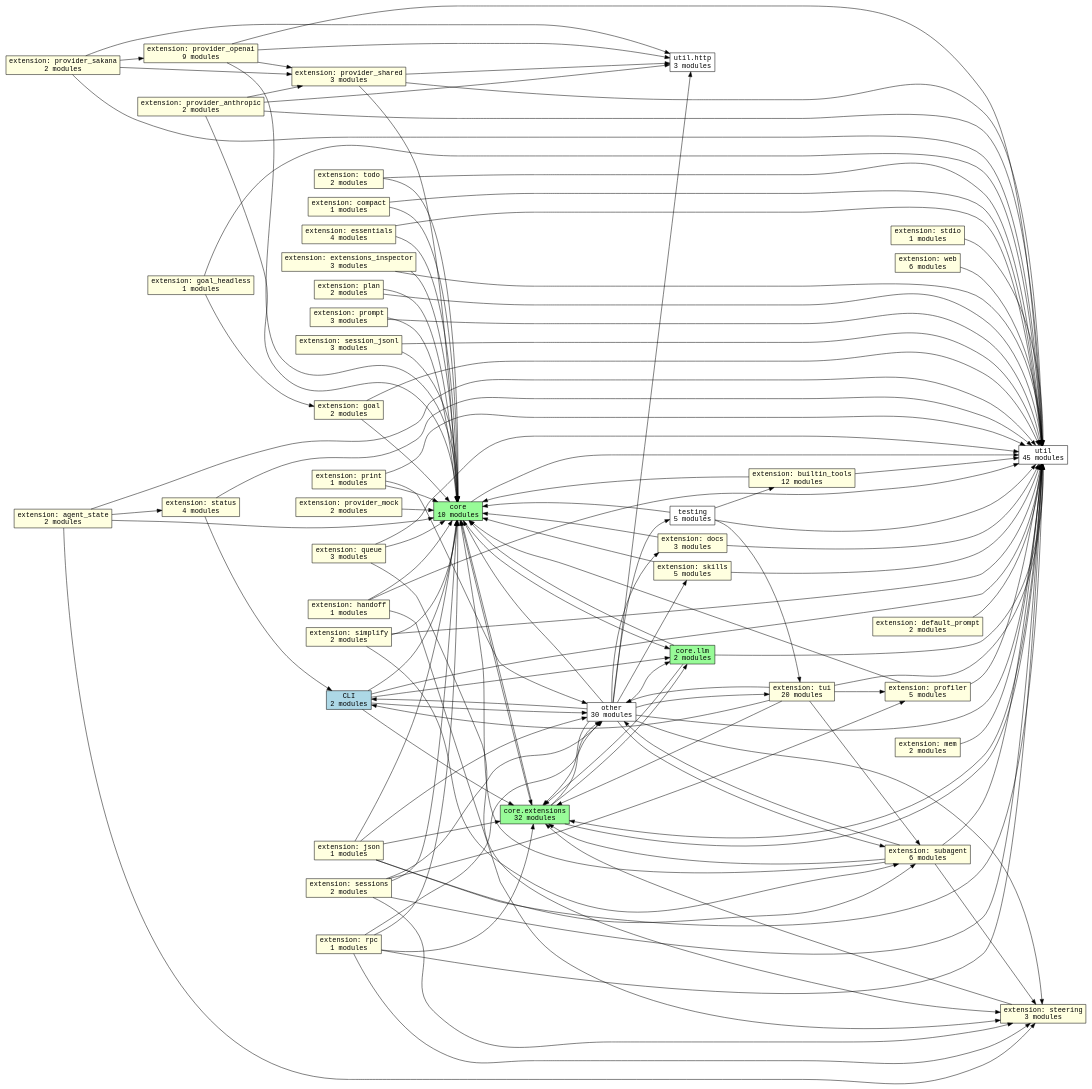
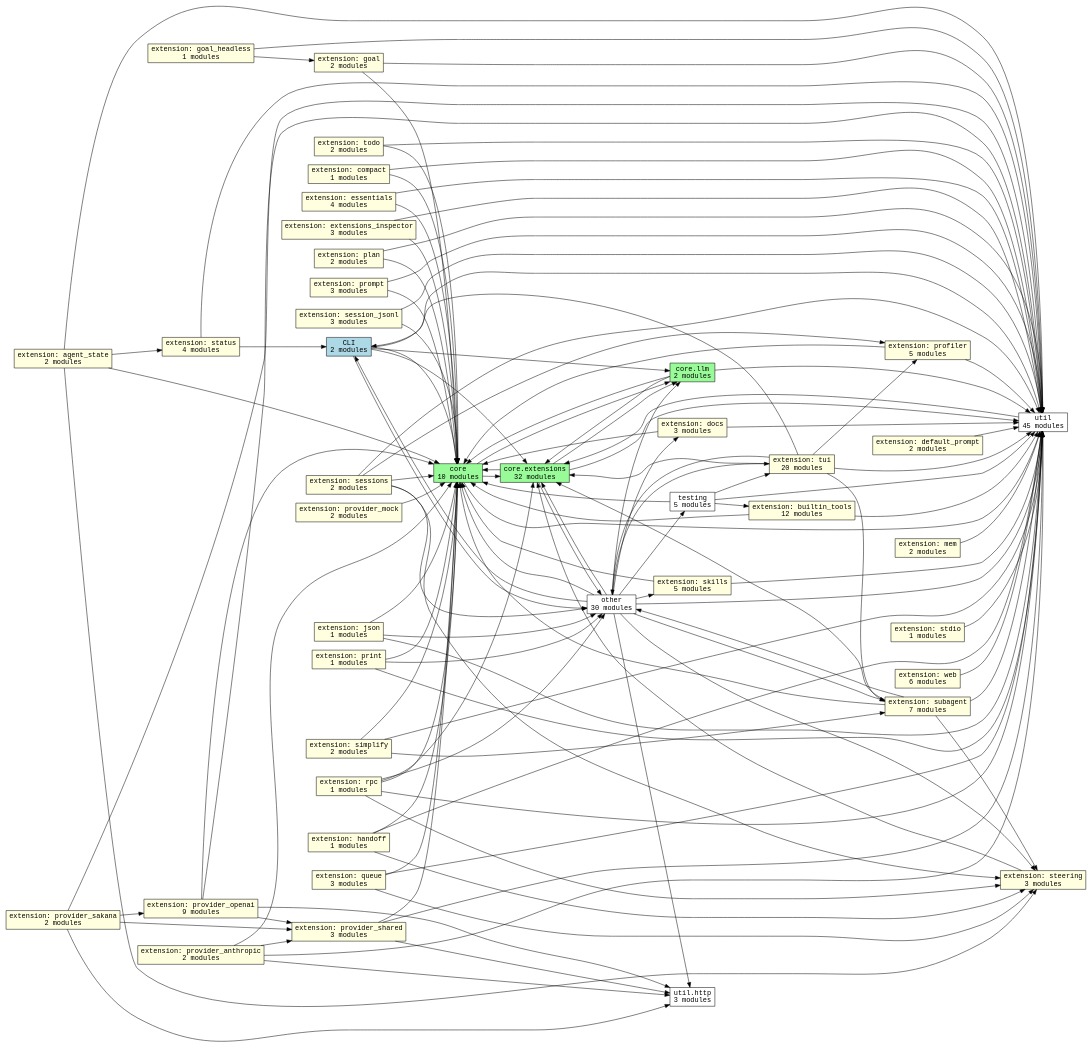
Before and after one commit to acmiyaguchi/fen: the diagram in docs/graphs/subsystems.dot, drawn with Graphviz. The commit also changed 27 other files, not shown here.

```diff
--- a/docs/graphs/subsystems.dot
+++ b/docs/graphs/subsystems.dot
@@ -1,170 +1,168 @@
 digraph fen_subsystems {
   graph [rankdir=LR];
   node [shape=box, fontname="monospace"];
   edge [fontname="monospace"];
   "cli" [fillcolor="lightblue", label="CLI\n2 modules", style="filled"];
   "core" [fillcolor="palegreen", label="core\n10 modules", style="filled"];
   "core.extensions" [fillcolor="palegreen", label="core.extensions\n32 modules", style="filled"];
   "core.llm" [fillcolor="palegreen", label="core.llm\n2 modules", style="filled"];
   "extension.agent_state" [fillcolor="lightyellow", label="extension: agent_state\n2 modules", style="filled"];
   "extension.builtin_tools" [fillcolor="lightyellow", label="extension: builtin_tools\n12 modules", style="filled"];
   "extension.compact" [fillcolor="lightyellow", label="extension: compact\n1 modules", style="filled"];
   "extension.default_prompt" [fillcolor="lightyellow", label="extension: default_prompt\n2 modules", style="filled"];
   "extension.docs" [fillcolor="lightyellow", label="extension: docs\n3 modules", style="filled"];
   "extension.essentials" [fillcolor="lightyellow", label="extension: essentials\n4 modules", style="filled"];
   "extension.extensions_inspector" [fillcolor="lightyellow", label="extension: extensions_inspector\n3 modules", style="filled"];
   "extension.goal" [fillcolor="lightyellow", label="extension: goal\n2 modules", style="filled"];
   "extension.goal_headless" [fillcolor="lightyellow", label="extension: goal_headless\n1 modules", style="filled"];
   "extension.handoff" [fillcolor="lightyellow", label="extension: handoff\n1 modules", style="filled"];
   "extension.json" [fillcolor="lightyellow", label="extension: json\n1 modules", style="filled"];
   "extension.mem" [fillcolor="lightyellow", label="extension: mem\n2 modules", style="filled"];
   "extension.plan" [fillcolor="lightyellow", label="extension: plan\n2 modules", style="filled"];
   "extension.print" [fillcolor="lightyellow", label="extension: print\n1 modules", style="filled"];
   "extension.profiler" [fillcolor="lightyellow", label="extension: profiler\n5 modules", style="filled"];
   "extension.prompt" [fillcolor="lightyellow", label="extension: prompt\n3 modules", style="filled"];
   "extension.provider_anthropic" [fillcolor="lightyellow", label="extension: provider_anthropic\n2 modules", style="filled"];
   "extension.provider_mock" [fillcolor="lightyellow", label="extension: provider_mock\n2 modules", style="filled"];
   "extension.provider_openai" [fillcolor="lightyellow", label="extension: provider_openai\n9 modules", style="filled"];
   "extension.provider_sakana" [fillcolor="lightyellow", label="extension: provider_sakana\n2 modules", style="filled"];
   "extension.provider_shared" [fillcolor="lightyellow", label="extension: provider_shared\n3 modules", style="filled"];
   "extension.queue" [fillcolor="lightyellow", label="extension: queue\n3 modules", style="filled"];
   "extension.rpc" [fillcolor="lightyellow", label="extension: rpc\n1 modules", style="filled"];
   "extension.session_jsonl" [fillcolor="lightyellow", label="extension: session_jsonl\n3 modules", style="filled"];
   "extension.sessions" [fillcolor="lightyellow", label="extension: sessions\n2 modules", style="filled"];
   "extension.simplify" [fillcolor="lightyellow", label="extension: simplify\n2 modules", style="filled"];
   "extension.skills" [fillcolor="lightyellow", label="extension: skills\n5 modules", style="filled"];
   "extension.status" [fillcolor="lightyellow", label="extension: status\n4 modules", style="filled"];
   "extension.stdio" [fillcolor="lightyellow", label="extension: stdio\n1 modules", style="filled"];
   "extension.steering" [fillcolor="lightyellow", label="extension: steering\n3 modules", style="filled"];
-  "extension.subagent" [fillcolor="lightyellow", label="extension: subagent\n6 modules", style="filled"];
+  "extension.subagent" [fillcolor="lightyellow", label="extension: subagent\n7 modules", style="filled"];
   "extension.todo" [fillcolor="lightyellow", label="extension: todo\n2 modules", style="filled"];
   "extension.tui" [fillcolor="lightyellow", label="extension: tui\n20 modules", style="filled"];
   "extension.web" [fillcolor="lightyellow", label="extension: web\n6 modules", style="filled"];
   "other" [fillcolor="white", label="other\n30 modules", style="filled"];
   "testing" [fillcolor="white", label="testing\n5 modules", style="filled"];
   "util" [fillcolor="white", label="util\n45 modules", style="filled"];
   "util.http" [fillcolor="white", label="util.http\n3 modules", style="filled"];
   "cli" -> "core";
   "cli" -> "core.extensions";
   "cli" -> "core.llm";
   "cli" -> "other";
   "cli" -> "util";
   "core" -> "core.extensions";
   "core" -> "core.llm";
   "core" -> "util";
   "core.extensions" -> "core";
   "core.extensions" -> "core.llm";
   "core.extensions" -> "other";
   "core.extensions" -> "util";
   "core.llm" -> "core";
   "core.llm" -> "core.extensions";
   "core.llm" -> "util";
   "extension.agent_state" -> "core";
   "extension.agent_state" -> "extension.status";
   "extension.agent_state" -> "extension.steering";
   "extension.agent_state" -> "util";
   "extension.builtin_tools" -> "core";
   "extension.builtin_tools" -> "util";
   "extension.compact" -> "core";
   "extension.compact" -> "util";
   "extension.default_prompt" -> "util";
   "extension.docs" -> "core";
   "extension.docs" -> "util";
   "extension.essentials" -> "core";
   "extension.essentials" -> "util";
   "extension.extensions_inspector" -> "core";
   "extension.extensions_inspector" -> "util";
   "extension.goal" -> "core";
   "extension.goal" -> "util";
   "extension.goal_headless" -> "extension.goal";
   "extension.goal_headless" -> "util";
   "extension.handoff" -> "core";
   "extension.handoff" -> "extension.steering";
   "extension.handoff" -> "util";
   "extension.json" -> "core";
-  "extension.json" -> "core.extensions";
-  "extension.json" -> "extension.subagent";
   "extension.json" -> "other";
   "extension.json" -> "util";
   "extension.mem" -> "util";
   "extension.plan" -> "core";
   "extension.plan" -> "util";
   "extension.print" -> "core";
   "extension.print" -> "other";
   "extension.print" -> "util";
   "extension.profiler" -> "core";
   "extension.profiler" -> "util";
   "extension.prompt" -> "core";
   "extension.prompt" -> "util";
   "extension.provider_anthropic" -> "core";
   "extension.provider_anthropic" -> "extension.provider_shared";
   "extension.provider_anthropic" -> "util";
   "extension.provider_anthropic" -> "util.http";
   "extension.provider_mock" -> "core";
   "extension.provider_openai" -> "core";
   "extension.provider_openai" -> "extension.provider_shared";
   "extension.provider_openai" -> "util";
   "extension.provider_openai" -> "util.http";
   "extension.provider_sakana" -> "extension.provider_openai";
   "extension.provider_sakana" -> "extension.provider_shared";
   "extension.provider_sakana" -> "util";
   "extension.provider_sakana" -> "util.http";
   "extension.provider_shared" -> "core";
   "extension.provider_shared" -> "util";
   "extension.provider_shared" -> "util.http";
   "extension.queue" -> "core";
   "extension.queue" -> "extension.steering";
   "extension.queue" -> "util";
   "extension.rpc" -> "core";
   "extension.rpc" -> "core.extensions";
   "extension.rpc" -> "extension.steering";
   "extension.rpc" -> "other";
   "extension.rpc" -> "util";
   "extension.session_jsonl" -> "core";
   "extension.session_jsonl" -> "util";
   "extension.sessions" -> "core";
   "extension.sessions" -> "extension.profiler";
   "extension.sessions" -> "extension.steering";
   "extension.sessions" -> "other";
   "extension.sessions" -> "util";
   "extension.simplify" -> "core";
   "extension.simplify" -> "extension.subagent";
   "extension.simplify" -> "util";
   "extension.skills" -> "core";
   "extension.skills" -> "util";
   "extension.status" -> "cli";
   "extension.status" -> "util";
   "extension.stdio" -> "util";
   "extension.steering" -> "core.extensions";
   "extension.subagent" -> "core";
   "extension.subagent" -> "core.extensions";
   "extension.subagent" -> "extension.steering";
   "extension.subagent" -> "other";
   "extension.subagent" -> "util";
   "extension.todo" -> "core";
   "extension.todo" -> "util";
   "extension.tui" -> "cli";
   "extension.tui" -> "core.extensions";
   "extension.tui" -> "extension.profiler";
   "extension.tui" -> "extension.subagent";
   "extension.tui" -> "other";
   "extension.tui" -> "util";
   "extension.web" -> "util";
   "other" -> "cli";
   "other" -> "core";
   "other" -> "core.extensions";
   "other" -> "core.llm";
   "other" -> "extension.docs";
   "other" -> "extension.skills";
   "other" -> "extension.steering";
   "other" -> "extension.subagent";
   "other" -> "extension.tui";
   "other" -> "testing";
   "other" -> "util";
   "other" -> "util.http";
   "testing" -> "core";
   "testing" -> "extension.builtin_tools";
   "testing" -> "extension.tui";
   "testing" -> "util";
   "util" -> "core.extensions";
 }
```
